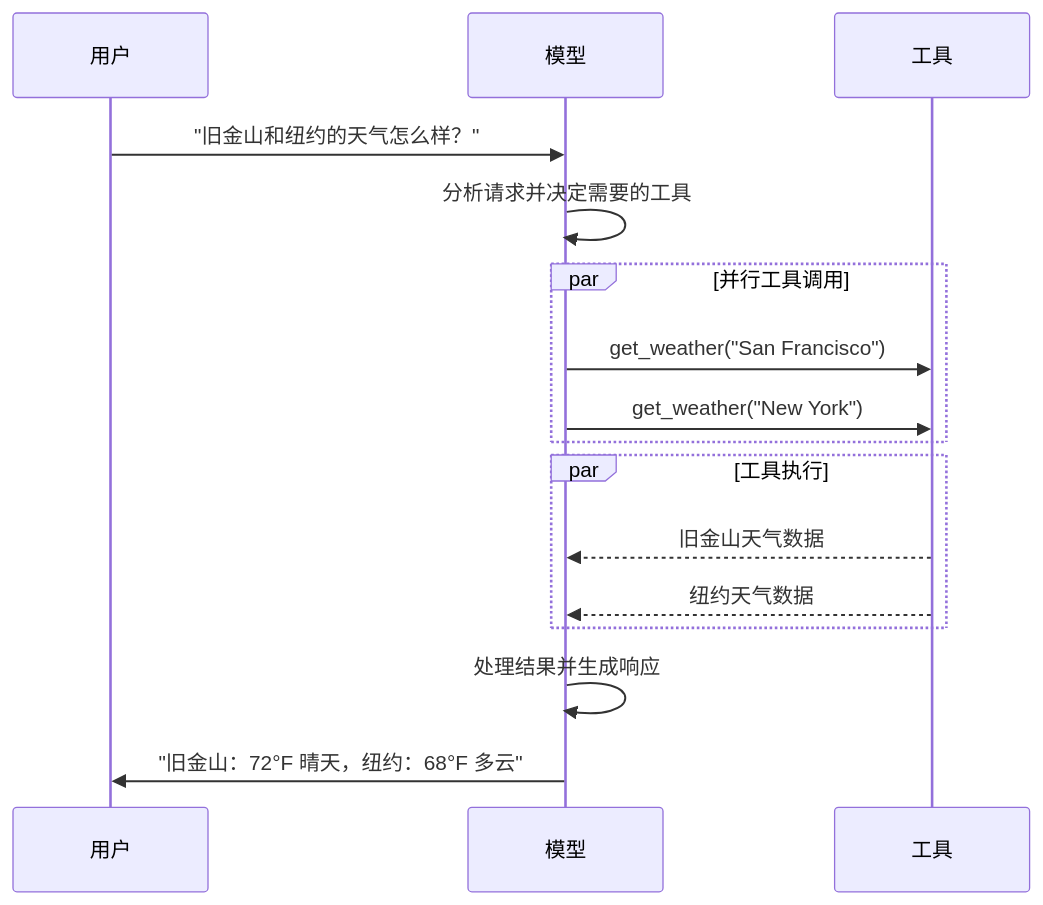
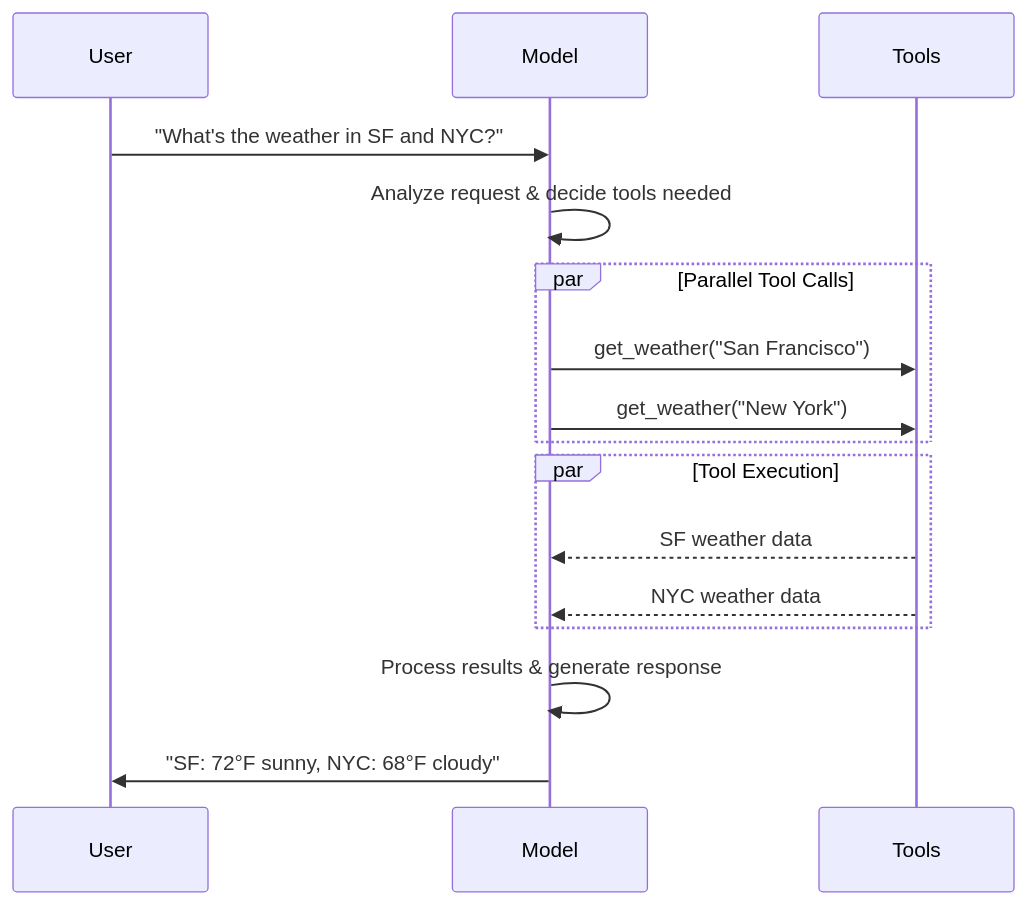
Before and after one commit to kunfan96/cndocs-langchain: the diagram in oss/python/langchain/models.mdx, drawn with Mermaid. The commit also changed other lines of this file and 2538 other files, not shown here.

````diff
--- a/oss/python/langchain/models.mdx
+++ b/oss/python/langchain/models.mdx
@@ -377,22 +362,22 @@
 ```mermaid
 sequenceDiagram
-    participant U as 用户
-    participant M as 模型
-    participant T as 工具
+    participant U as User
+    participant M as Model
+    participant T as Tools
 
-    U->>M: "旧金山和纽约的天气怎么样？"
-    M->>M: 分析请求并决定需要的工具
+    U->>M: "What's the weather in SF and NYC?"
+    M->>M: Analyze request & decide tools needed
 
-    par 并行工具调用
+    par Parallel Tool Calls
         M->>T: get_weather("San Francisco")
         M->>T: get_weather("New York")
     end
 
-    par 工具执行
-        T-->>M: 旧金山天气数据
-        T-->>M: 纽约天气数据
+    par Tool Execution
+        T-->>M: SF weather data
+        T-->>M: NYC weather data
     end
 
-    M->>M: 处理结果并生成响应
-    M->>U: "旧金山：72°F 晴天，纽约：68°F 多云"
+    M->>M: Process results & generate response
+    M->>U: "SF: 72°F sunny, NYC: 68°F cloudy"
 ```
````
